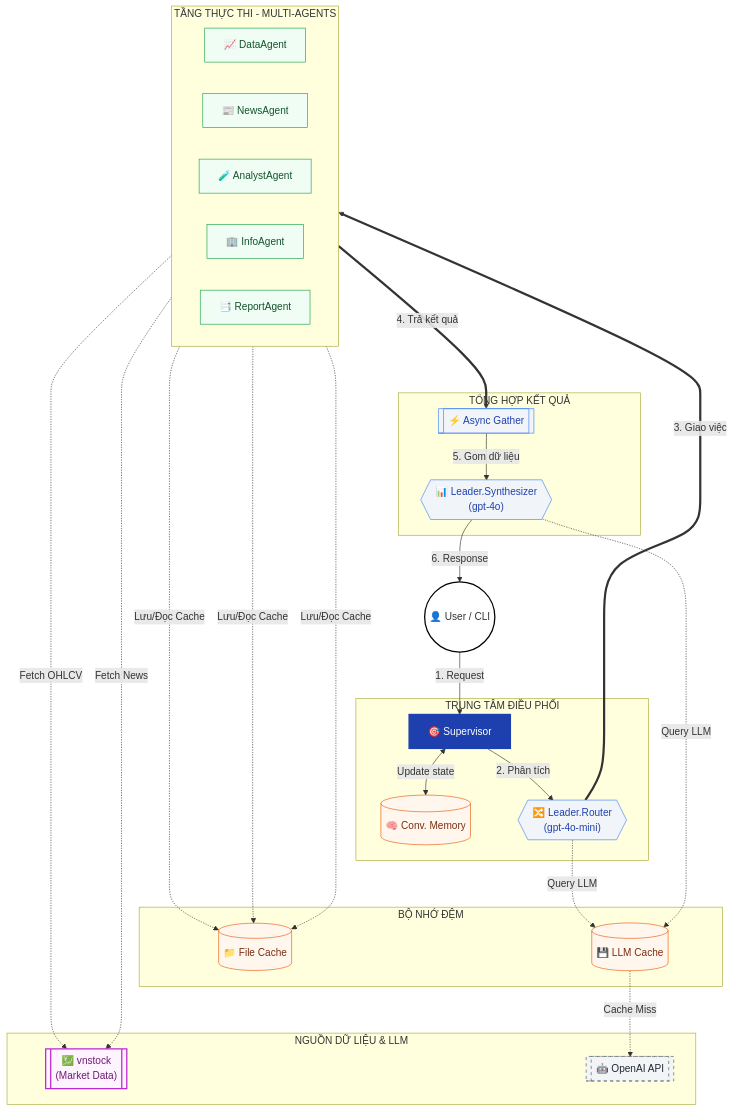
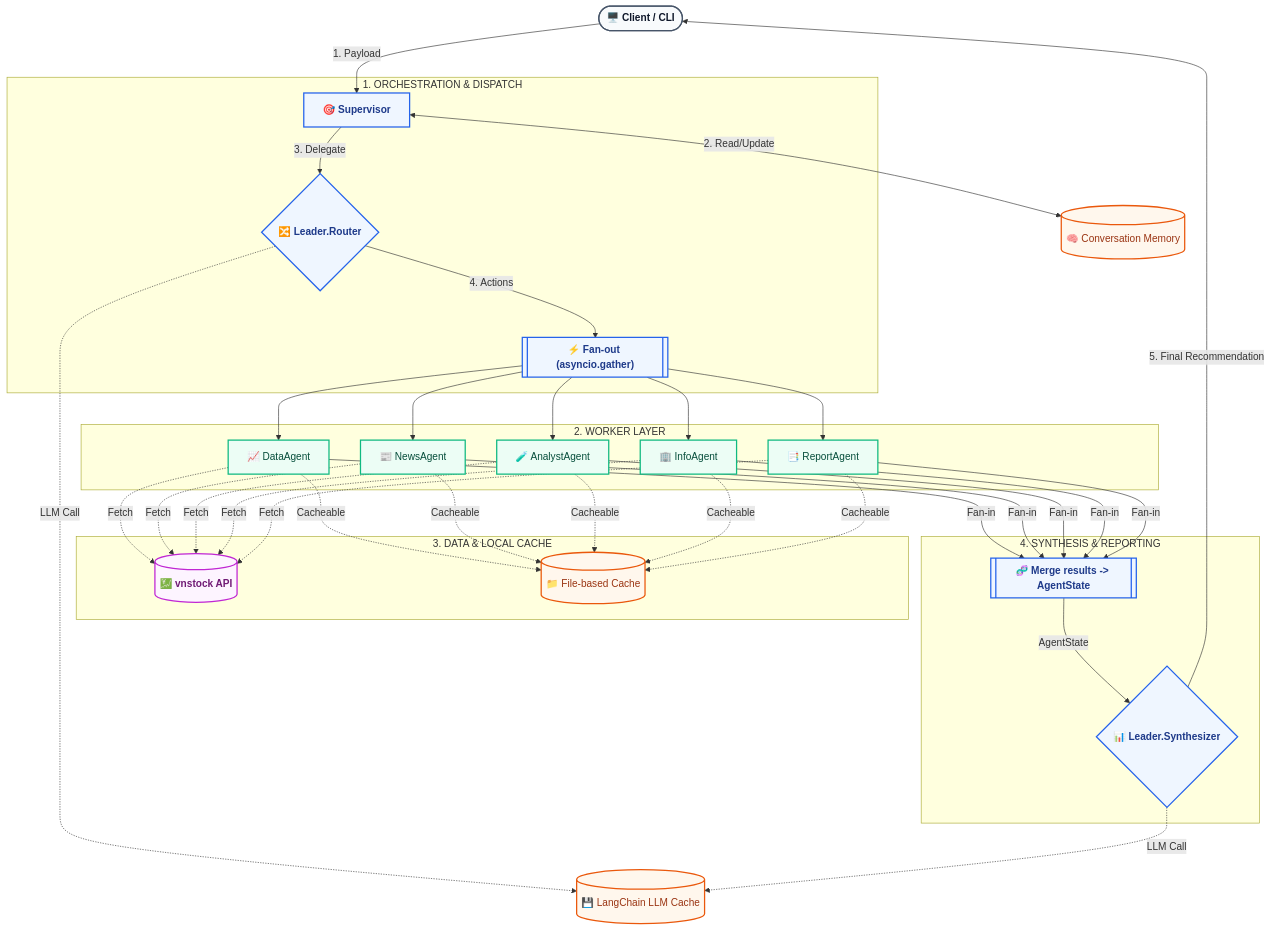
Before and after one commit to NTTuyen2004/multi-agent: the diagram in README.md, drawn with Mermaid.

Commit message:
Cập nhật nội dung file markdown

````diff
--- a/README.md
+++ b/README.md
@@ -53,78 +53,92 @@
 ```mermaid
 graph TD
-    %% Định nghĩa bảng màu Enterprise
-    classDef user fill:#ffffff,stroke:#000,stroke-width:2px;
-    classDef supervisor fill:#1e40af,stroke:#1e40af,color:#fff,stroke-width:2px;
-    classDef logic fill:#f1f5f9,stroke:#3b82f6,color:#1e40af,stroke-width:1px;
-    classDef agent fill:#f0fdf4,stroke:#16a34a,color:#14532d,stroke-width:1px;
-    classDef cache fill:#fff7ed,stroke:#ea580c,color:#7c2d12,stroke-width:1px;
-    classDef vnstock fill:#fdf4ff,stroke:#c026d3,color:#701a75,stroke-width:2px;
-    classDef openai fill:#f3f4f6,stroke:#4b5563,color:#1f2937,stroke-dasharray: 5 5;
+    %% --- CÀI ĐẶT STYLE CHUẨN ---
+    classDef cli fill:#f8fafc,stroke:#475569,stroke-width:2px,color:#0f172a,font-weight:bold;
+    classDef control fill:#eff6ff,stroke:#2563eb,stroke-width:2px,color:#1e3a8a,font-weight:bold;
+    classDef worker fill:#ecfdf5,stroke:#10b981,stroke-width:2px,color:#064e3b;
+    classDef data fill:#fdf4ff,stroke:#c026d3,stroke-width:2px,color:#701a75,font-weight:bold;
+    classDef cache fill:#fff7ed,stroke:#ea580c,stroke-width:2px,color:#9a3412;
 
-    %% --- 1. TẦNG GIAO TIẾP ---
-    USER((👤 User / CLI))
+    %% --- THÀNH PHẦN NGOẠI VI ---
+    CLI(["🖥️ Client / CLI"]):::cli
+    MEM[("🧠 Conversation Memory")]:::cache
+    LLM_CACHE[("💾 LangChain LLM Cache")]:::cache
 
-    %% --- 2. TẦNG ĐIỀU PHỐI (CONTROL PLANE) ---
-    subgraph ORCHESTRATOR [TRUNG TÂM ĐIỀU PHỐI]
-        SUP["🎯 Supervisor"]
-        MEM[(🧠 Conv. Memory)]
-        ROUTER{{"🔀 Leader.Router<br/>(gpt-4o-mini)"}}
+    %% --- BƯỚC 1: TẦNG ĐIỀU PHỐI ---
+    subgraph PHASE1 [1. ORCHESTRATION & DISPATCH]
+        SUP["🎯 Supervisor"]:::control
+        ROUTER{"🔀 Leader.Router"}:::control
+        FANOUT[["⚡ Fan-out (asyncio.gather)"]]:::control
     end
 
-    %% --- 3. TẦNG THỰC THI (DATA PLANE) ---
-    subgraph WORKER_LAYER [TẦNG THỰC THI - MULTI-AGENTS]
-        direction LR
-        A1["📈 DataAgent"]
-        A2["📰 NewsAgent"]
-        A3["🧪 AnalystAgent"]
-        A4["🏢 InfoAgent"]
-        A5["📑 ReportAgent"]
+    %% --- BƯỚC 2: TẦNG THỰC THI ---
+    subgraph PHASE2 [2. WORKER LAYER]
+        A1["📈 DataAgent"]:::worker
+        A2["📰 NewsAgent"]:::worker
+        A3["🧪 AnalystAgent"]:::worker
+        A4["🏢 InfoAgent"]:::worker
+        A5["📑 ReportAgent"]:::worker
     end
 
-    %% --- 4. TẦNG TỔNG HỢP ---
-    subgraph FINAL_PROCESS [TỔNG HỢP KẾT QUẢ]
-        GATHER[[⚡ Async Gather]]
-        SYNTH{{"📊 Leader.Synthesizer<br/>(gpt-4o)"}}
+    %% --- BƯỚC 3: HẠ TẦNG DỮ LIỆU ---
+    subgraph PHASE3 [3. DATA & LOCAL CACHE]
+        VNSTOCK[("💹 vnstock API")]:::data
+        FILE_CACHE[("📁 File-based Cache")]:::cache
     end
 
-    %% --- 5. TẦNG CACHE ---
-    subgraph CACHE_LAYER [BỘ NHỚ ĐỆM]
-        FILE_CACHE[(📁 File Cache)]
-        LLM_CACHE[(💾 LLM Cache)]
+    %% --- BƯỚC 4: TỔNG HỢP & BÁO CÁO ---
+    subgraph PHASE4 [4. SYNTHESIS & REPORTING]
+        MERGE[["🧬 Merge results -> AgentState"]]:::control
+        SYNTH{"📊 Leader.Synthesizer"}:::control
     end
 
-    %% --- 6. TẦNG DỊCH VỤ NGOÀI ---
-    subgraph EXTERNAL [NGUỒN DỮ LIỆU & LLM]
-        VNSTOCK[["💹 vnstock<br/>(Market Data)"]]
-        OPENAI[["🤖 OpenAI API"]]
-    end
+    %% =======================================
+    %% LUỒNG 1: NHẬN YÊU CẦU
+    %% =======================================
+    CLI -->|"1. Payload"| SUP
+    SUP <-->|"2. Read/Update"| MEM
+    SUP -->|"3. Delegate"| ROUTER
+    ROUTER -->|"4. Actions"| FANOUT
 
-    %% --- LUỒNG ĐIỀU PHỐI CHÍNH ---
-    USER -->|1. Request| SUP
-    SUP <-->|Update state| MEM
-    SUP -->|2. Phân tích| ROUTER
-    ROUTER ==>|3. Giao việc| WORKER_LAYER
-    WORKER_LAYER ==>|4. Trả kết quả| GATHER
-    GATHER -->|5. Gom dữ liệu| SYNTH
-    SYNTH -->|6. Response| USER
+    %% =======================================
+    %% LUỒNG 2: CHIA TASK CHO AGENT (Nét liền)
+    %% =======================================
+    FANOUT --> A1
+    FANOUT --> A2
+    FANOUT --> A3
+    FANOUT --> A4
+    FANOUT --> A5
 
-    %% --- LUỒNG LẤY DỮ LIỆU VNSTOCK ---
-    %% Nhấn mạnh việc Data và News agent chủ động gọi vnstock
-    A1 -.->|Fetch OHLCV| VNSTOCK
-    A2 -.->|Fetch News| VNSTOCK
+    %% =======================================
+    %% LUỒNG 3: TẤT CẢ AGENT LẤY DỮ LIỆU VNSTOCK (Nét đứt)
+    %% =======================================
+    A1 -.->|"Fetch"| VNSTOCK
+    A2 -.->|"Fetch"| VNSTOCK
+    A3 -.->|"Fetch"| VNSTOCK
+    A4 -.->|"Fetch"| VNSTOCK
+    A5 -.->|"Fetch"| VNSTOCK
 
-    %% --- LUỒNG CACHE & LLM ---
-    ROUTER & SYNTH -.->|Query LLM| LLM_CACHE
-    LLM_CACHE -.->|Cache Miss| OPENAI
+    A1 -.->|"Cacheable"| FILE_CACHE
+    A2 -.->|"Cacheable"| FILE_CACHE
+    A3 -.->|"Cacheable"| FILE_CACHE
+    A4 -.->|"Cacheable"| FILE_CACHE
+    A5 -.->|"Cacheable"| FILE_CACHE
 
-    A1 & A2 & A4 -.->|Lưu/Đọc Cache| FILE_CACHE
+    %% =======================================
+    %% LUỒNG 4: NỘP BÁO CÁO VỀ SUPERVISOR (Nét liền)
+    %% =======================================
+    A1 -->|"Fan-in"| MERGE
+    A2 -->|"Fan-in"| MERGE
+    A3 -->|"Fan-in"| MERGE
+    A4 -->|"Fan-in"| MERGE
+    A5 -->|"Fan-in"| MERGE
 
-    %% Áp dụng Style
-    class USER user;
-    class SUP supervisor;
-    class ROUTER,SYNTH,GATHER logic;
-    class A1,A2,A3,A4,A5 agent;
-    class MEM,FILE_CACHE,LLM_CACHE cache;
-    class VNSTOCK vnstock;
-    class OPENAI openai;
+    MERGE -->|"AgentState"| SYNTH
+    SYNTH -->|"5. Final Recommendation"| CLI
+
+    %% =======================================
+    %% LUỒNG PHỤ: CALL LLM
+    %% =======================================
+    ROUTER -.->|"LLM Call"| LLM_CACHE
+    SYNTH -.->|"LLM Call"| LLM_CACHE
 ```
````
